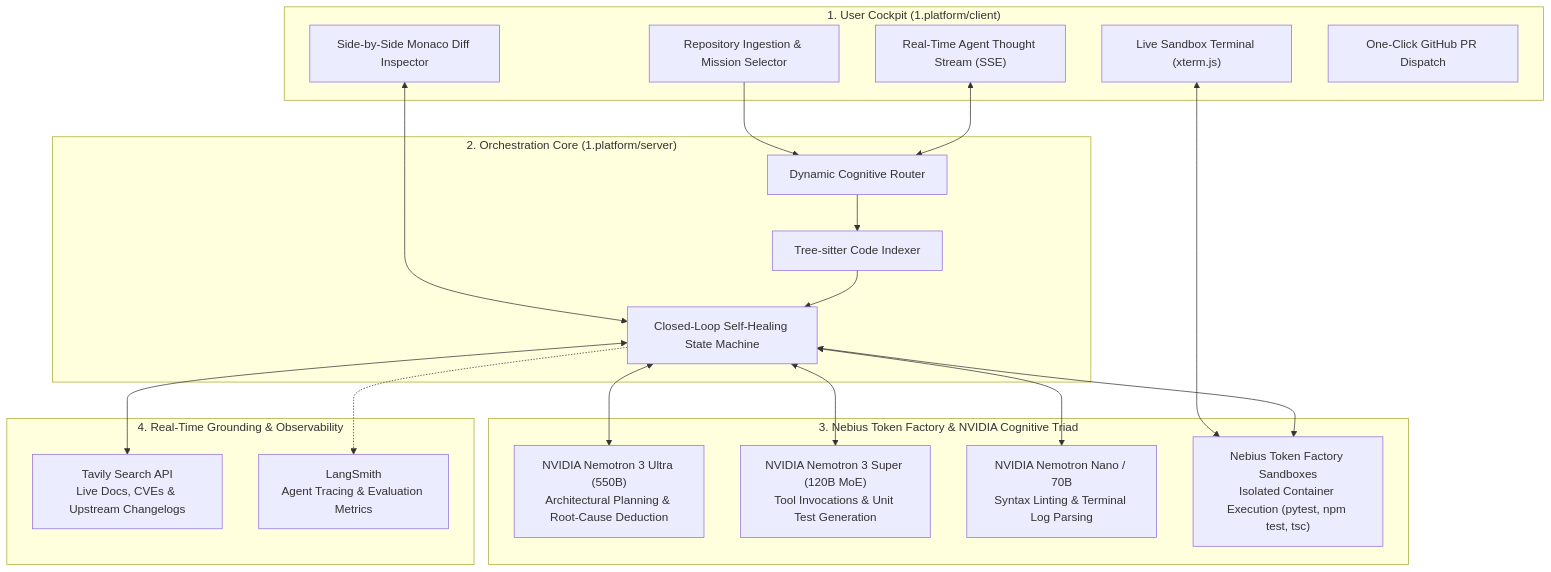
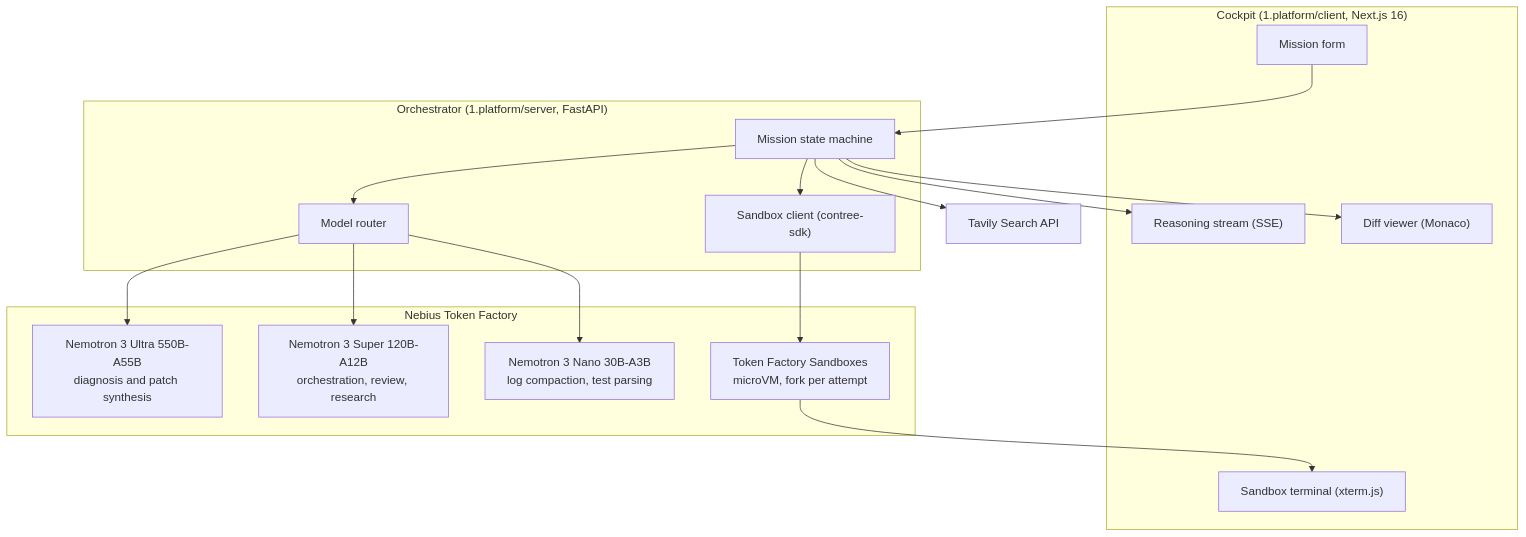
The diagram in README.md (CodeWithEugene/Archon), drawn with Mermaid before and after one commit. The commit also changed other lines of this file and 16 other files, not shown here.

````diff
--- a/README.md
+++ b/README.md
@@ -49,43 +40,35 @@
 ```mermaid
 flowchart TD
-    subgraph Client_Experience ["1. User Cockpit (1.platform/client)"]
-        UI_Input["Repository Ingestion & Mission Selector"]
-        CognitiveStream["Real-Time Agent Thought Stream (SSE)"]
-        TerminalView["Live Sandbox Terminal (xterm.js)"]
-        MonacoDiff["Side-by-Side Monaco Diff Inspector"]
-        PRDispatch["One-Click GitHub PR Dispatch"]
+    subgraph Client ["Cockpit (1.platform/client, Next.js 16)"]
+        UI["Mission form"]
+        Stream["Reasoning stream (SSE)"]
+        Term["Sandbox terminal (xterm.js)"]
+        Diff["Diff viewer (Monaco)"]
     end
 
-    subgraph Orchestrator_Core ["2. Orchestration Core (1.platform/server)"]
-        Router["Dynamic Cognitive Router"]
-        AST_Engine["Tree-sitter Code Indexer"]
-        LoopEngine["Closed-Loop Self-Healing State Machine"]
+    subgraph Server ["Orchestrator (1.platform/server, FastAPI)"]
+        SM["Mission state machine"]
+        Router["Model router"]
+        SBX["Sandbox client (contree-sdk)"]
     end
 
-    subgraph Nebius_NVIDIA_Stack ["3. Nebius Token Factory & NVIDIA Cognitive Triad"]
-        NemotronUltra["NVIDIA Nemotron 3 Ultra (550B)\nArchitectural Planning & Root-Cause Deduction"]
-        NemotronSuper["NVIDIA Nemotron 3 Super (120B MoE)\nTool Invocations & Unit Test Generation"]
-        NemotronNano["NVIDIA Nemotron Nano / 70B\nSyntax Linting & Terminal Log Parsing"]
-        TF_Sandbox["Nebius Token Factory Sandboxes\nIsolated Container Execution (pytest, npm test, tsc)"]
+    subgraph Nebius ["Nebius Token Factory"]
+        Ultra["Nemotron 3 Ultra 550B-A55B<br/>diagnosis and patch synthesis"]
+        Super["Nemotron 3 Super 120B-A12B<br/>orchestration, review, research"]
+        Nano["Nemotron 3 Nano 30B-A3B<br/>log compaction, test parsing"]
+        Sandboxes["Token Factory Sandboxes<br/>microVM, fork per attempt"]
     end
 
-    subgraph External_Grounding ["4. Real-Time Grounding & Observability"]
-        Tavily["Tavily Search API\nLive Docs, CVEs & Upstream Changelogs"]
-        LangSmith["LangSmith\nAgent Tracing & Evaluation Metrics"]
-    end
+    Tavily["Tavily Search API"]
 
-    UI_Input --> Router
-    CognitiveStream <--> Router
-    TerminalView <--> TF_Sandbox
-    MonacoDiff <--> LoopEngine
-
-    Router --> AST_Engine
-    AST_Engine --> LoopEngine
-
-    LoopEngine <--> NemotronUltra
-    LoopEngine <--> NemotronSuper
-    LoopEngine <--> NemotronNano
-    LoopEngine <--> TF_Sandbox
-    LoopEngine <--> Tavily
-    LoopEngine -.-> LangSmith
+    UI --> SM
+    SM --> Stream
+    SM --> Router
+    Router --> Ultra
+    Router --> Super
+    Router --> Nano
+    SM --> SBX --> Sandboxes
+    Sandboxes --> Term
+    SM --> Tavily
+    SM --> Diff
 ```
````
